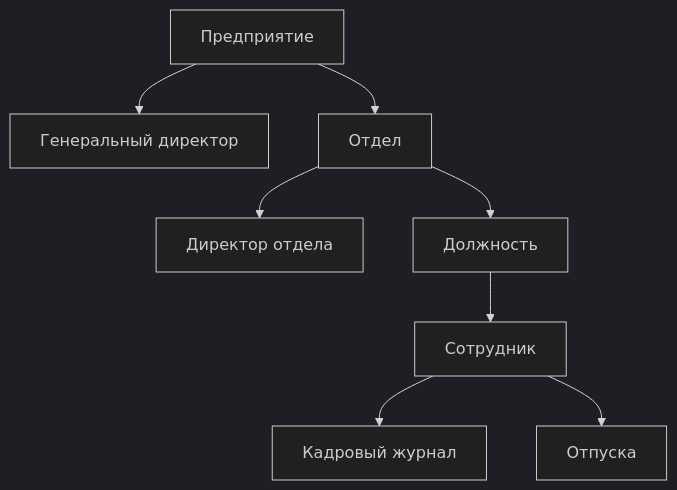
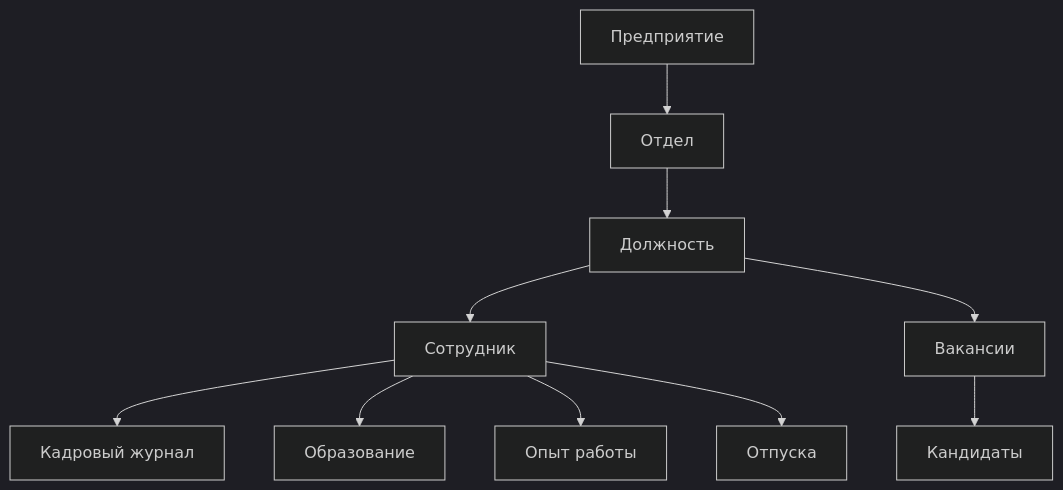
Before and after one commit to ramzansharifov/hr-automation: the first of 2 diagrams in README.md, drawn with Mermaid (dark theme). The commit also changed other lines of this file, not shown here.

````diff
--- a/README.md
+++ b/README.md
@@ -29,10 +33,12 @@
 ```mermaid
 flowchart TD
-  Enterprise["Предприятие"] --> GeneralDirector["Генеральный директор"]
-  Enterprise --> Department["Отдел"]
-  Department --> DepartmentDirector["Директор отдела"]
-  Department --> Position["Должность"]
-  Position --> Employee["Сотрудник"]
-  Employee --> History["Кадровый журнал"]
-  Employee --> Vacation["Отпуска"]
+  Enterprise[Предприятие] --> Department[Отдел]
+  Department --> Position[Должность]
+  Position --> Employee[Сотрудник]
+  Employee --> History[Кадровый журнал]
+  Employee --> Education[Образование]
+  Employee --> Experience[Опыт работы]
+  Employee --> Vacation[Отпуска]
+  Position --> Vacancy[Вакансии]
+  Vacancy --> Candidate[Кандидаты]
 ```
````
